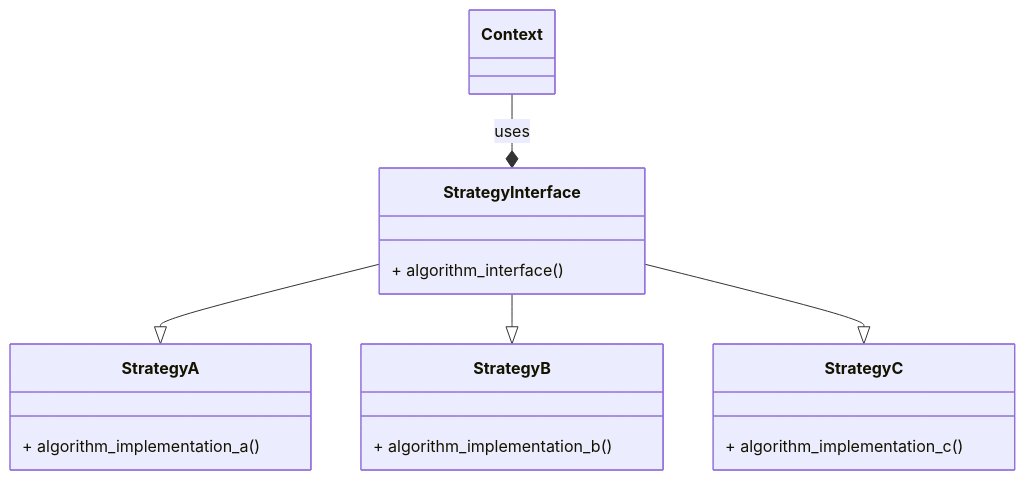
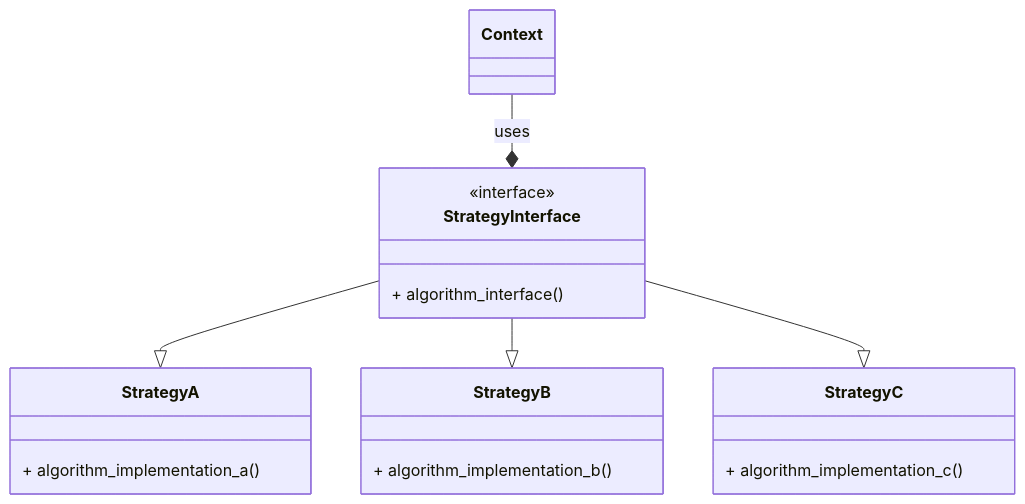
Before and after one commit to eduardoyanoliveira/design_patterns: the diagram in behavioral/strategy/README.md, drawn with Mermaid. The commit also changed 1 other file, not shown here.

Commit message:
Fixing diagram problems

````diff
--- a/behavioral/strategy/README.md
+++ b/behavioral/strategy/README.md
@@ -21,22 +21,23 @@
 ```mermaid
 classDiagram
     class Context {
     }
-    class StrategyInterface {
-        + algorithm_interface()
-    }
+
+    class StrategyInterface 
+    <<interface>> StrategyInterface
+      StrategyInterface :  + algorithm_interface()
     class StrategyA {
         + algorithm_implementation_a()
     }
     class StrategyB {
         + algorithm_implementation_b()
     }
     class StrategyC{
         + algorithm_implementation_c()
     }
 
     Context --* StrategyInterface : uses
     StrategyInterface --|> StrategyA
     StrategyInterface --|> StrategyB
     StrategyInterface --|> StrategyC
 ```
````
